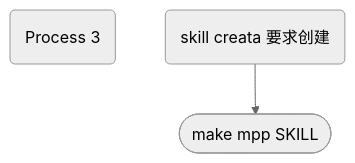
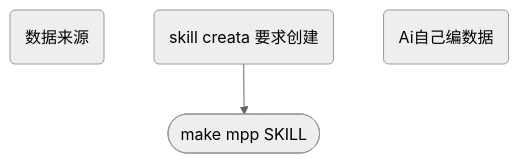
One commit to fireflysss/mermaid-notes changed the diagram in notes/进度MMP skill (local)_289c8ca6-dc65-4f5d-8e6f-773a3c6cc0dc.md. Above: the diagram before and after it, drawn with Mermaid (neutral theme). The commit also changed 3 other files, not shown here.

Commit message:
Sync Mermaid Studio data (11 diagrams)

````diff
--- a/notes/进度MMP skill (local)_289c8ca6-dc65-4f5d-8e6f-773a3c6cc0dc.md
+++ b/notes/进度MMP skill (local)_289c8ca6-dc65-4f5d-8e6f-773a3c6cc0dc.md
@@ -3,8 +3,9 @@
 ```mermaid
 flowchart TD
   n_0(["make mpp SKILL"])
-  n_1("Process 3")
+  n_1("数据来源")
   n_2("skill  creata 要求创建")
+  n_3("Ai自己编数据")
   n_2 --> n_0
 
 ```
````
